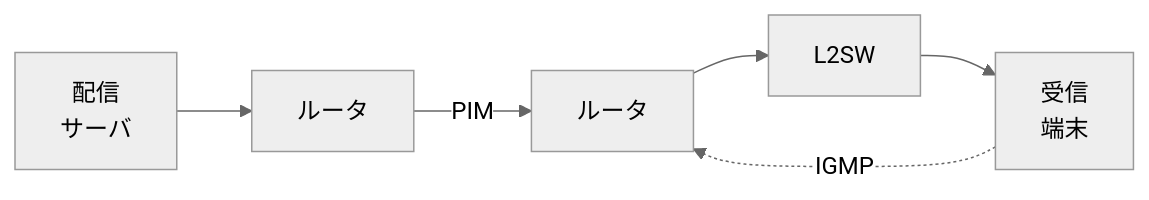
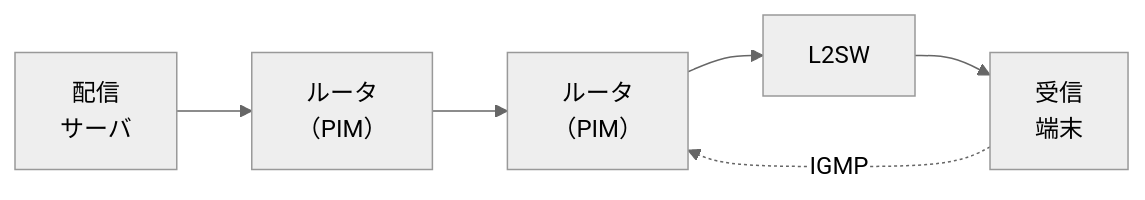
One commit to nnnaanaa/document changed the first of 4 diagrams in network/routing/multicast.md. Above: the diagram before and after it, drawn with Mermaid (neutral theme). The commit also changed other lines of this file and 1 other file, not shown here.

Commit message:
IPsec・マルチキャスト暗記シートの図をさらに詰める

````diff
--- a/network/routing/multicast.md
+++ b/network/routing/multicast.md
@@ -21,8 +21,8 @@
 ```mermaid
 flowchart LR
-  S["配信<br>サーバ"] --> R1["ルータ"]
-  R1 -- "PIM" --> R2["ルータ"]
+  S["配信<br>サーバ"] --> R1["ルータ<br>（PIM）"]
+  R1 --> R2["ルータ<br>（PIM）"]
   R2 --> SW["L2SW"]
   SW --> H1["受信<br>端末"]
   H1 -. "IGMP" .-> R2
 ```
````
